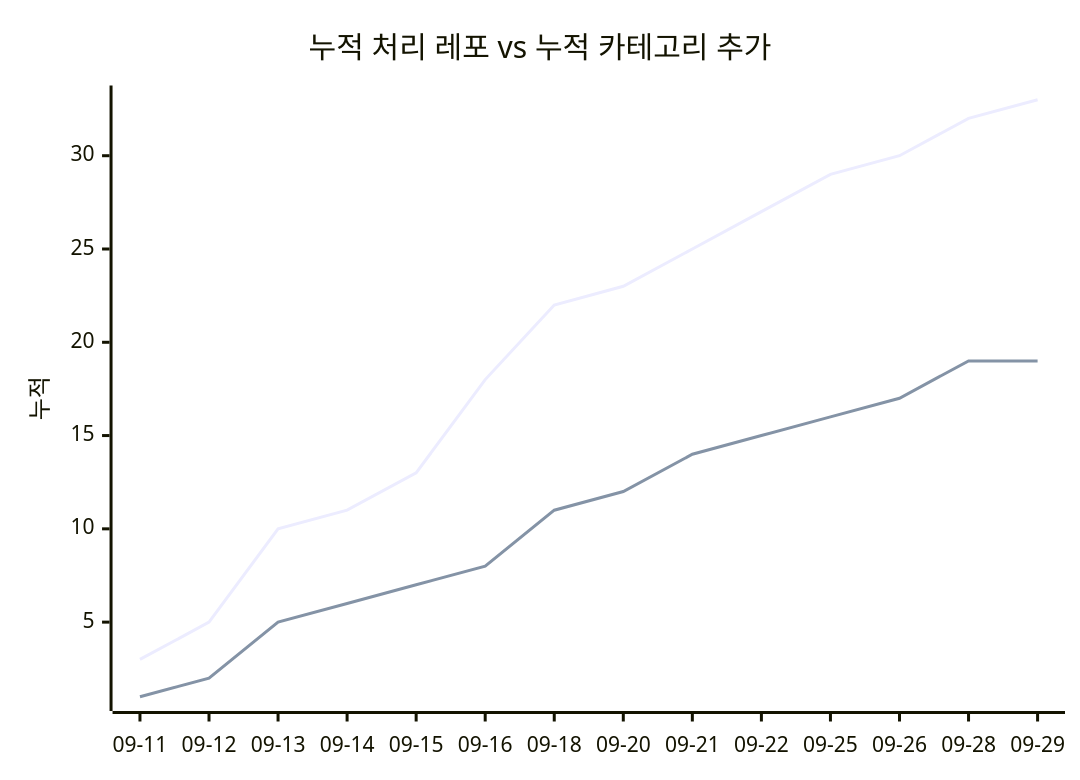
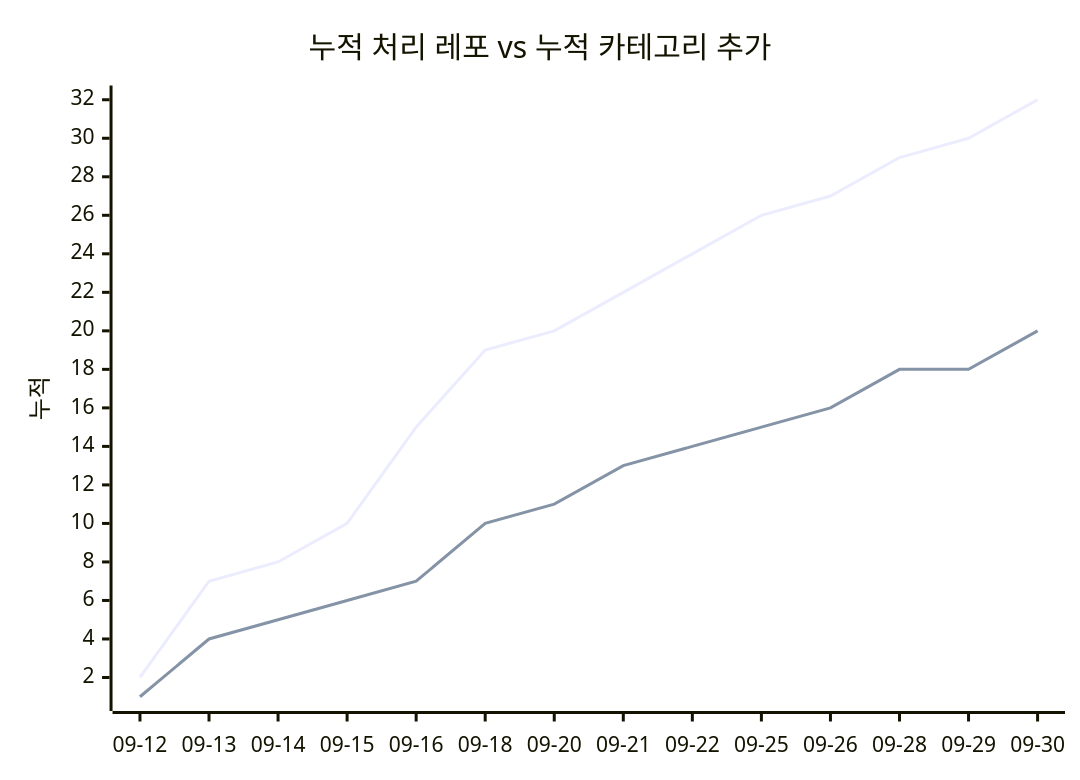
One commit to J-nowcow/awesome-korean-agent-skills changed the second of 2 diagrams in docs/trends.md. Above: the diagram before and after it, drawn with Mermaid. The commit also changed other lines of this file and 5 other files, not shown here.

````diff
--- a/docs/trends.md
+++ b/docs/trends.md
@@ -68,8 +68,8 @@
 ```mermaid
 xychart-beta
     title "누적 처리 레포 vs 누적 카테고리 추가"
-    x-axis ["09-11","09-12","09-13","09-14","09-15","09-16","09-18","09-20","09-21","09-22","09-25","09-26","09-28","09-29"]
+    x-axis ["09-12","09-13","09-14","09-15","09-16","09-18","09-20","09-21","09-22","09-25","09-26","09-28","09-29","09-30"]
     y-axis "누적"
-    line [3,5,10,11,13,18,22,23,25,27,29,30,32,33]
-    line [1,2,5,6,7,8,11,12,14,15,16,17,19,19]
+    line [2,7,8,10,15,19,20,22,24,26,27,29,30,32]
+    line [1,4,5,6,7,10,11,13,14,15,16,18,18,20]
 ```
````
